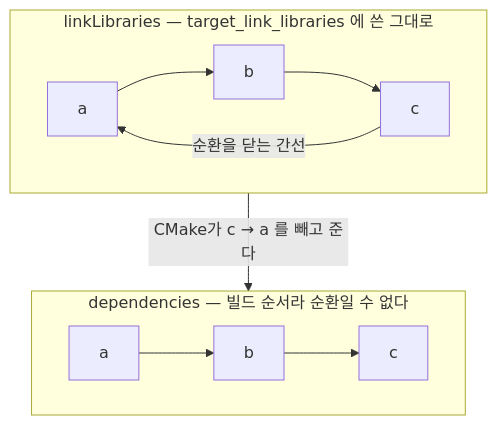
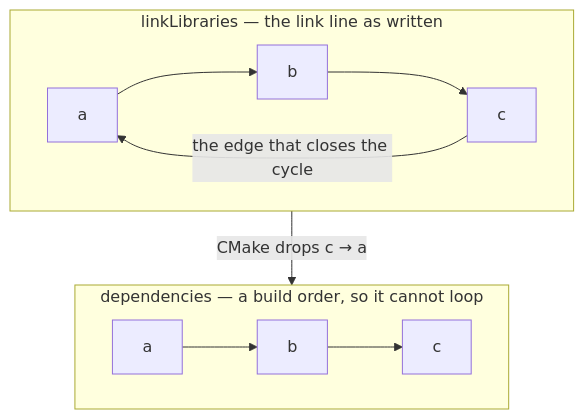
One commit to Ruminem/cmake-link-explorer changed the fourth of 4 diagrams in README.md. Above: the diagram before and after it, drawn with Mermaid. The commit also changed other lines of this file and 2 other files, not shown here.

````diff
--- a/README.md
+++ b/README.md
@@ -378,17 +394,17 @@
 ```mermaid
 flowchart TB
-    subgraph written["linkLibraries — target_link_libraries 에 쓴 그대로"]
+    subgraph written["linkLibraries — the link line as written"]
         direction LR
         a1["a"] --> b1["b"]
         b1 --> c1["c"]
-        c1 -->|"순환을 닫는 간선"| a1
+        c1 -->|"the edge that closes the cycle"| a1
     end
 
-    subgraph deps["dependencies — 빌드 순서라 순환일 수 없다"]
+    subgraph deps["dependencies — a build order, so it cannot loop"]
         direction LR
         a2["a"] --> b2["b"]
         b2 --> c2["c"]
     end
 
-    written -->|"CMake가 c → a 를 빼고 준다"| deps
+    written -->|"CMake drops c → a"| deps
 ```
````
